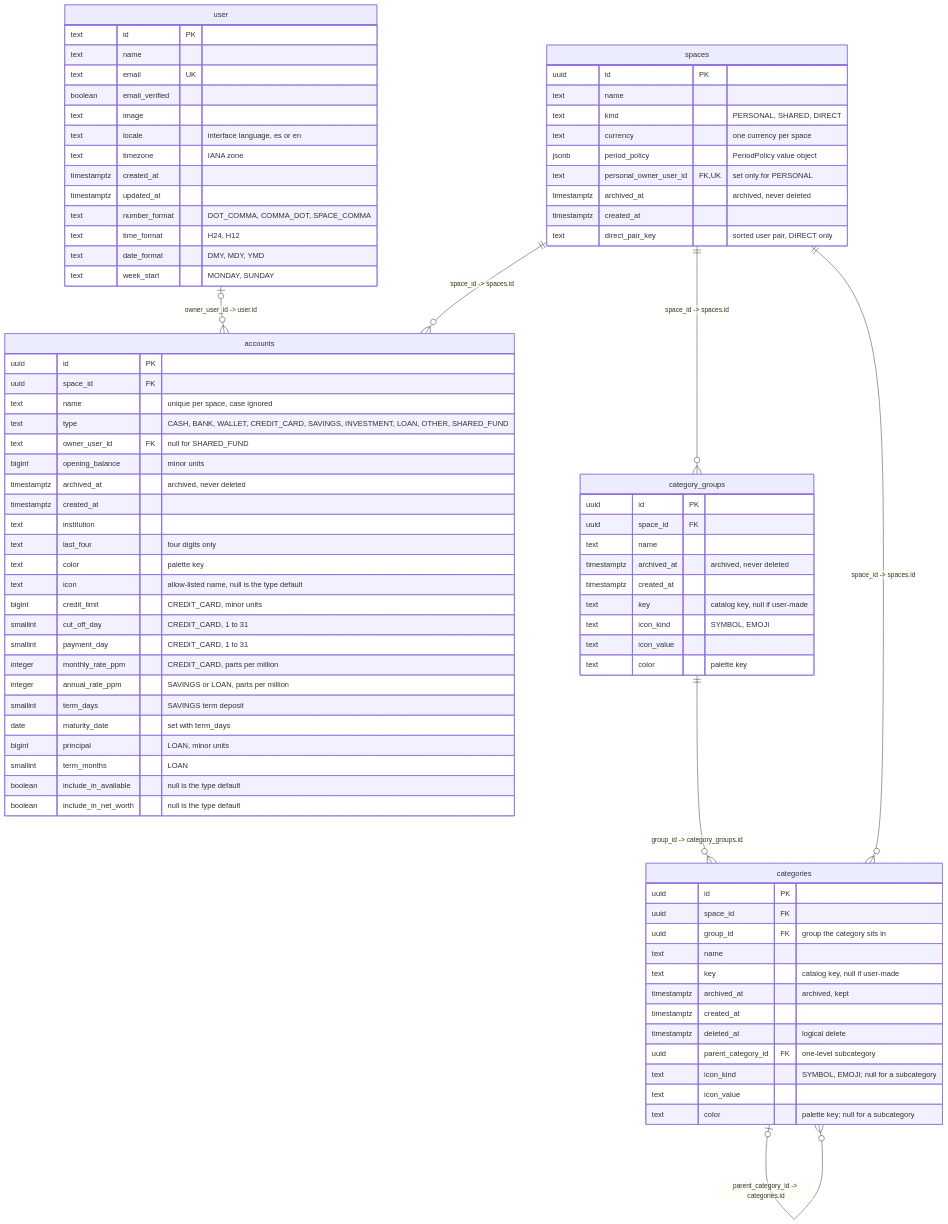
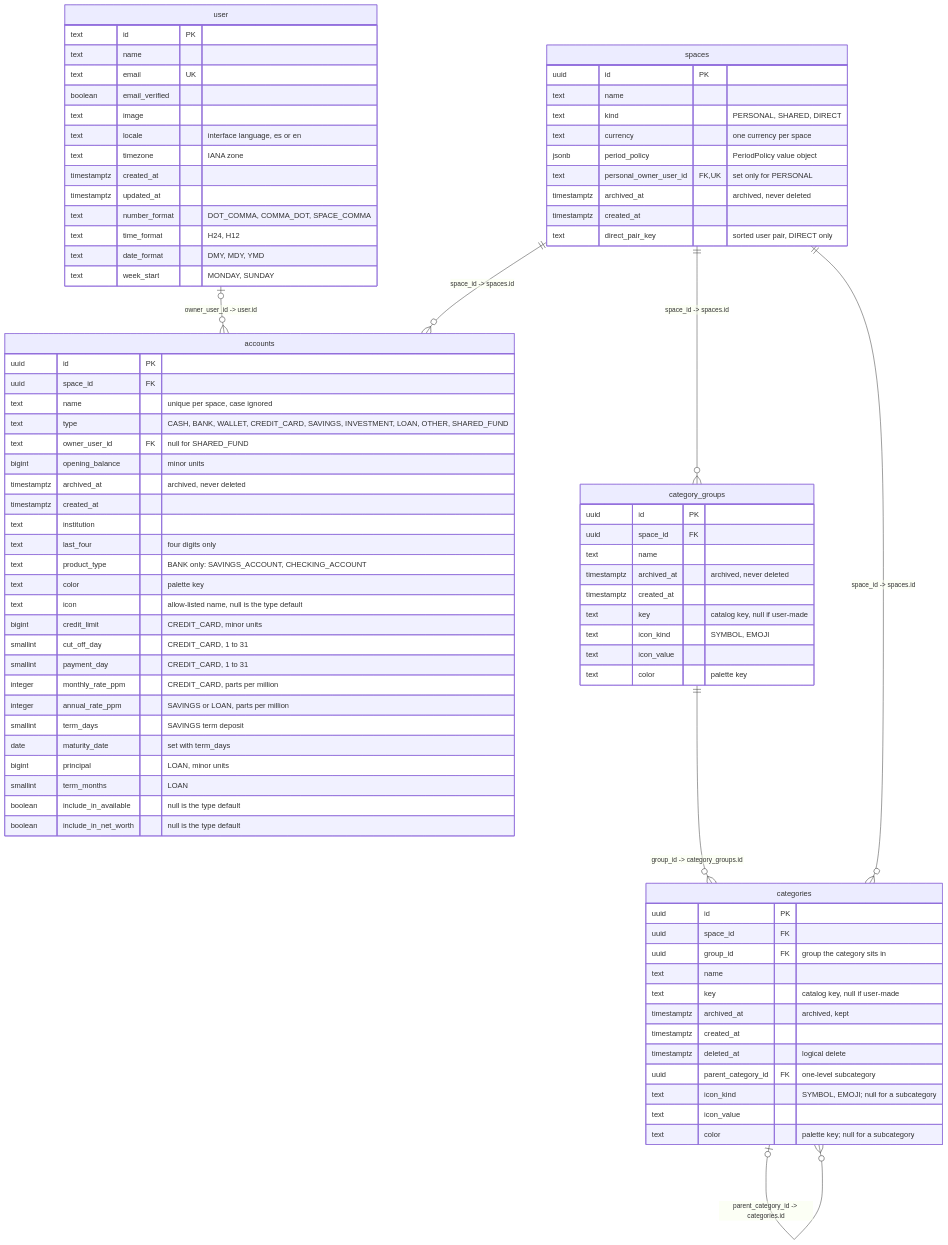
Before and after one commit to Facabore/Hearth: the third of 6 diagrams in docs/architecture/data-model.md, drawn with Mermaid. The commit also changed other lines of this file and 15 other files, not shown here.

First line of the commit message:
feat(accounts): a bank account takes an optional product type, savings or checking (Refs #240)

```diff
--- a/docs/architecture/data-model.md
+++ b/docs/architecture/data-model.md
@@ -211,6 +211,7 @@
         timestamptz created_at
         text institution
         text last_four "four digits only"
+        text product_type "BANK only: SAVINGS_ACCOUNT, CHECKING_ACCOUNT"
         text color "palette key"
         text icon "allow-listed name, null is the type default"
         bigint credit_limit "CREDIT_CARD, minor units"
```
